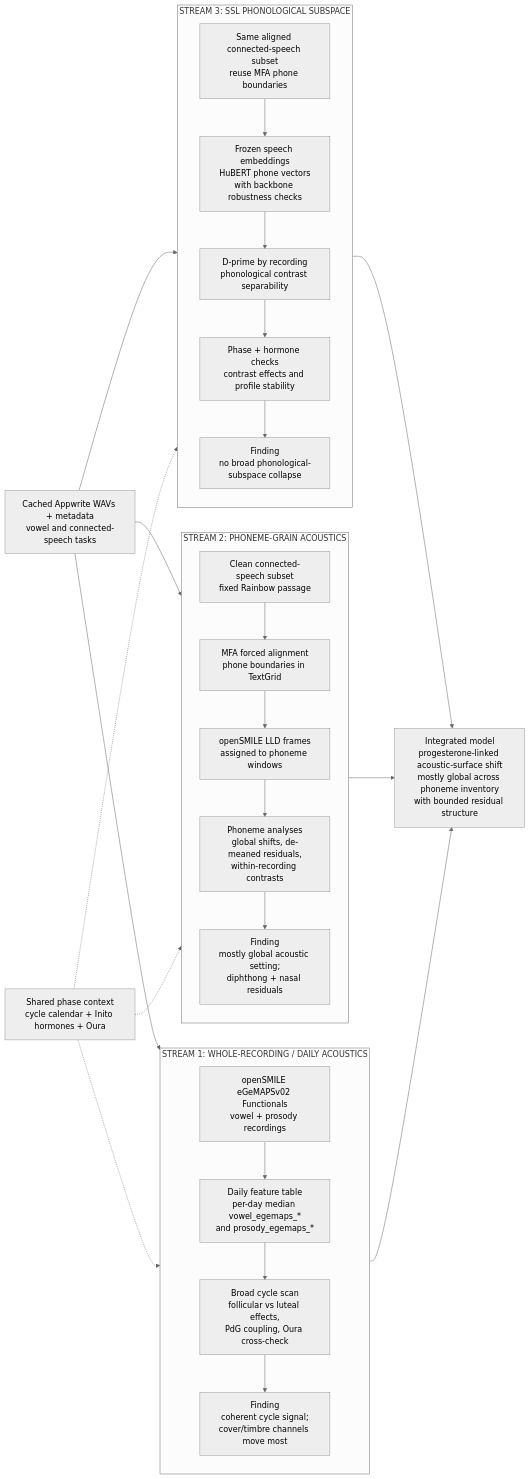
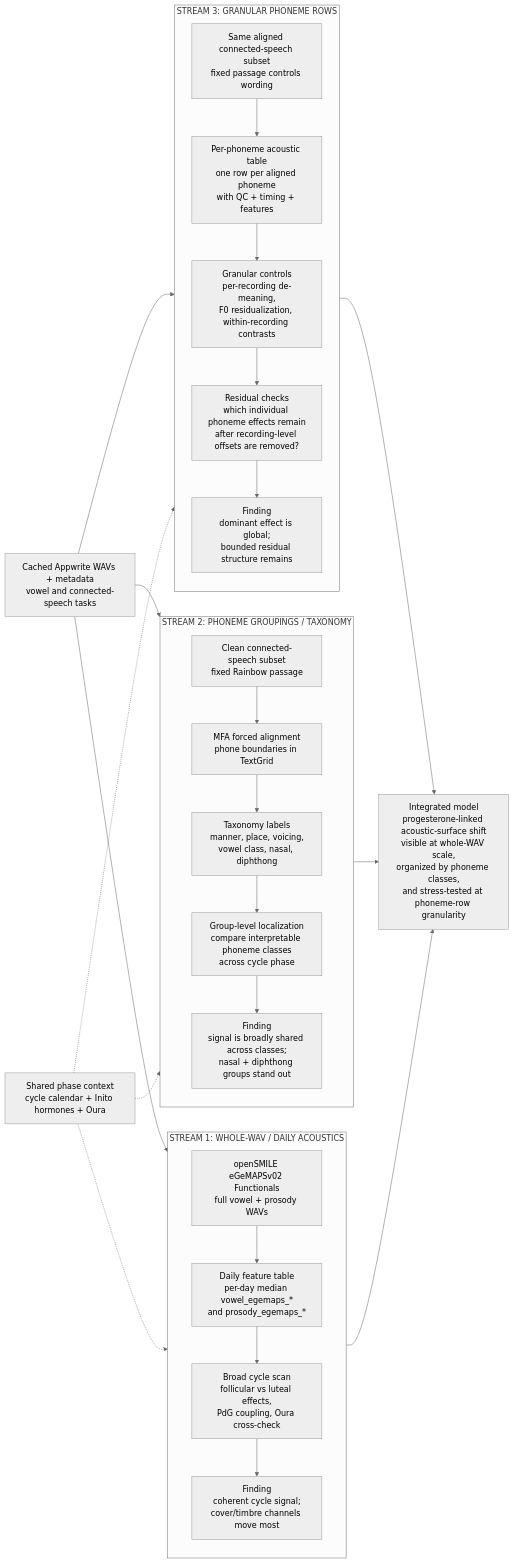
Before and after one commit to PoisonIvory/voice_feature_extraction: the third of 3 diagrams in docs/voice_cycle_analysis/DATA_FLOW_DIAGRAMS.md, drawn with Mermaid (neutral theme). The commit also changed other lines of this file, not shown here.

Commit message:
docs: revise voice-cycle data flow streams
Update the presentation-facing diagrams to use interpretable streams for whole-WAV acoustics, phoneme taxonomy, and granular phoneme rows.

````diff
--- a/docs/voice_cycle_analysis/DATA_FLOW_DIAGRAMS.md
+++ b/docs/voice_cycle_analysis/DATA_FLOW_DIAGRAMS.md
@@ -78,48 +58,48 @@
 ```mermaid
 flowchart LR
     VoiceSource["Cached Appwrite WAVs + metadata<br/>vowel and connected-speech tasks"]
     PhaseContext["Shared phase context<br/>cycle calendar + Inito hormones + Oura"]
 
-    subgraph WholeRecording["STREAM 1: WHOLE-RECORDING / DAILY ACOUSTICS"]
+    subgraph WholeRecording["STREAM 1: WHOLE-WAV / DAILY ACOUSTICS"]
         direction TB
-        WholeExtract["openSMILE eGeMAPSv02 Functionals<br/>vowel + prosody recordings"]
+        WholeExtract["openSMILE eGeMAPSv02 Functionals<br/>full vowel + prosody WAVs"]
         WholeDaily["Daily feature table<br/>per-day median vowel_egemaps_*<br/>and prosody_egemaps_*"]
         WholeAnalysis["Broad cycle scan<br/>follicular vs luteal effects,<br/>PdG coupling, Oura cross-check"]
         WholeFinding["Finding<br/>coherent cycle signal;<br/>cover/timbre channels move most"]
         WholeExtract --> WholeDaily --> WholeAnalysis --> WholeFinding
     end
 
-    subgraph PhonemeGrain["STREAM 2: PHONEME-GRAIN ACOUSTICS"]
+    subgraph PhonemeGroups["STREAM 2: PHONEME GROUPINGS / TAXONOMY"]
         direction TB
-        PhonemeSubset["Clean connected-speech subset<br/>fixed Rainbow passage"]
-        PhonemeAlign["MFA forced alignment<br/>phone boundaries in TextGrid"]
-        PhonemeFeatures["openSMILE LLD frames<br/>assigned to phoneme windows"]
-        PhonemeAnalysis["Phoneme analyses<br/>global shifts, de-meaned residuals,<br/>within-recording contrasts"]
-        PhonemeFinding["Finding<br/>mostly global acoustic setting;<br/>diphthong + nasal residuals"]
-        PhonemeSubset --> PhonemeAlign --> PhonemeFeatures --> PhonemeAnalysis --> PhonemeFinding
+        GroupSubset["Clean connected-speech subset<br/>fixed Rainbow passage"]
+        GroupAlign["MFA forced alignment<br/>phone boundaries in TextGrid"]
+        GroupTaxonomy["Taxonomy labels<br/>manner, place, voicing,<br/>vowel class, nasal, diphthong"]
+        GroupAnalysis["Group-level localization<br/>compare interpretable phoneme classes<br/>across cycle phase"]
+        GroupFinding["Finding<br/>signal is broadly shared across classes;<br/>nasal + diphthong groups stand out"]
+        GroupSubset --> GroupAlign --> GroupTaxonomy --> GroupAnalysis --> GroupFinding
     end
 
-    subgraph SSLSubspace["STREAM 3: SSL PHONOLOGICAL SUBSPACE"]
+    subgraph GranularPhones["STREAM 3: GRANULAR PHONEME ROWS"]
         direction TB
-        SSLSubset["Same aligned connected-speech subset<br/>reuse MFA phone boundaries"]
-        SSLEmbeddings["Frozen speech embeddings<br/>HuBERT phone vectors<br/>with backbone robustness checks"]
-        SSLDPrime["D-prime by recording<br/>phonological contrast separability"]
-        SSLAnalysis["Phase + hormone checks<br/>contrast effects and profile stability"]
-        SSLFinding["Finding<br/>no broad phonological-subspace collapse"]
-        SSLSubset --> SSLEmbeddings --> SSLDPrime --> SSLAnalysis --> SSLFinding
+        PhoneSubset["Same aligned connected-speech subset<br/>fixed passage controls wording"]
+        PhoneFeatures["Per-phoneme acoustic table<br/>one row per aligned phoneme<br/>with QC + timing + features"]
+        PhoneControls["Granular controls<br/>per-recording de-meaning,<br/>F0 residualization, within-recording contrasts"]
+        PhoneAnalysis["Residual checks<br/>which individual phoneme effects remain<br/>after recording-level offsets are removed?"]
+        PhoneFinding["Finding<br/>dominant effect is global;<br/>bounded residual structure remains"]
+        PhoneSubset --> PhoneFeatures --> PhoneControls --> PhoneAnalysis --> PhoneFinding
     end
 
-    IntegratedModel["Integrated model<br/>progesterone-linked acoustic-surface shift<br/>mostly global across phoneme inventory<br/>with bounded residual structure"]
+    IntegratedModel["Integrated model<br/>progesterone-linked acoustic-surface shift<br/>visible at whole-WAV scale,<br/>organized by phoneme classes,<br/>and stress-tested at phoneme-row granularity"]
 
     VoiceSource --> WholeExtract
-    VoiceSource --> PhonemeSubset
-    VoiceSource --> SSLSubset
+    VoiceSource --> GroupSubset
+    VoiceSource --> PhoneSubset
 
     PhaseContext -.-> WholeAnalysis
-    PhaseContext -.-> PhonemeAnalysis
-    PhaseContext -.-> SSLAnalysis
+    PhaseContext -.-> GroupAnalysis
+    PhaseContext -.-> PhoneAnalysis
 
     WholeFinding --> IntegratedModel
-    PhonemeFinding --> IntegratedModel
-    SSLFinding --> IntegratedModel
+    GroupFinding --> IntegratedModel
+    PhoneFinding --> IntegratedModel
 ```
````
